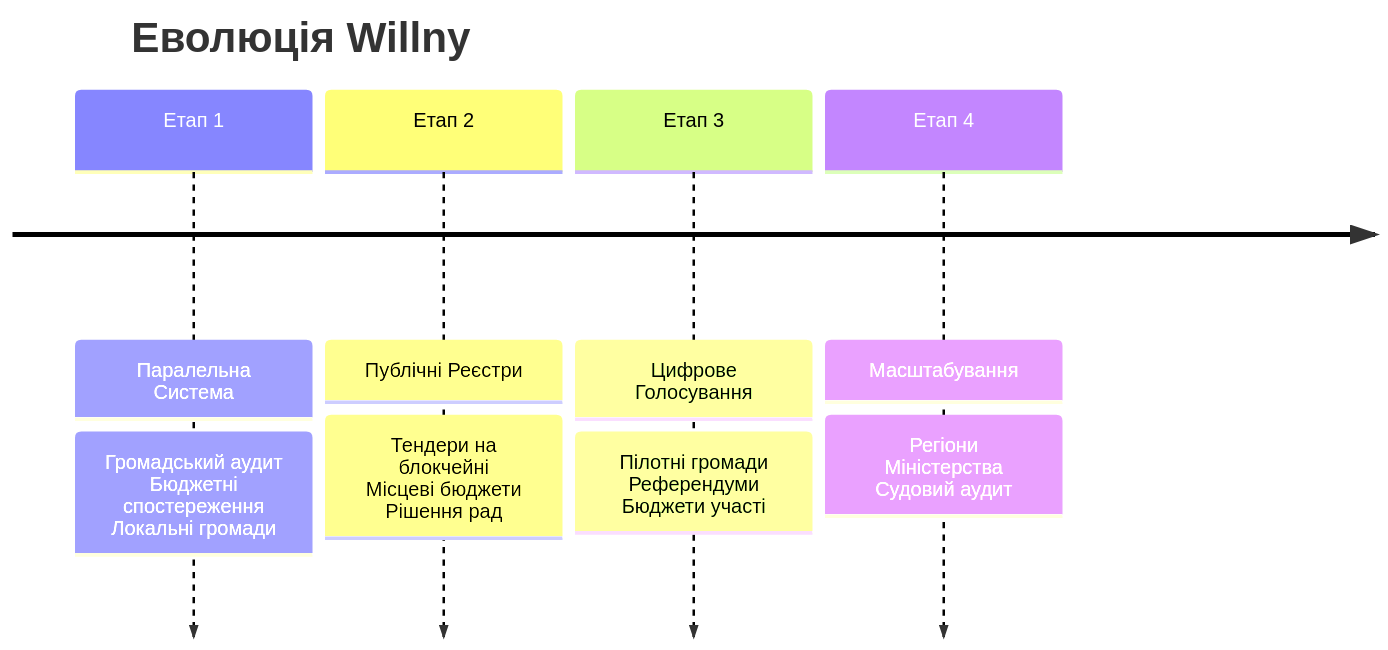
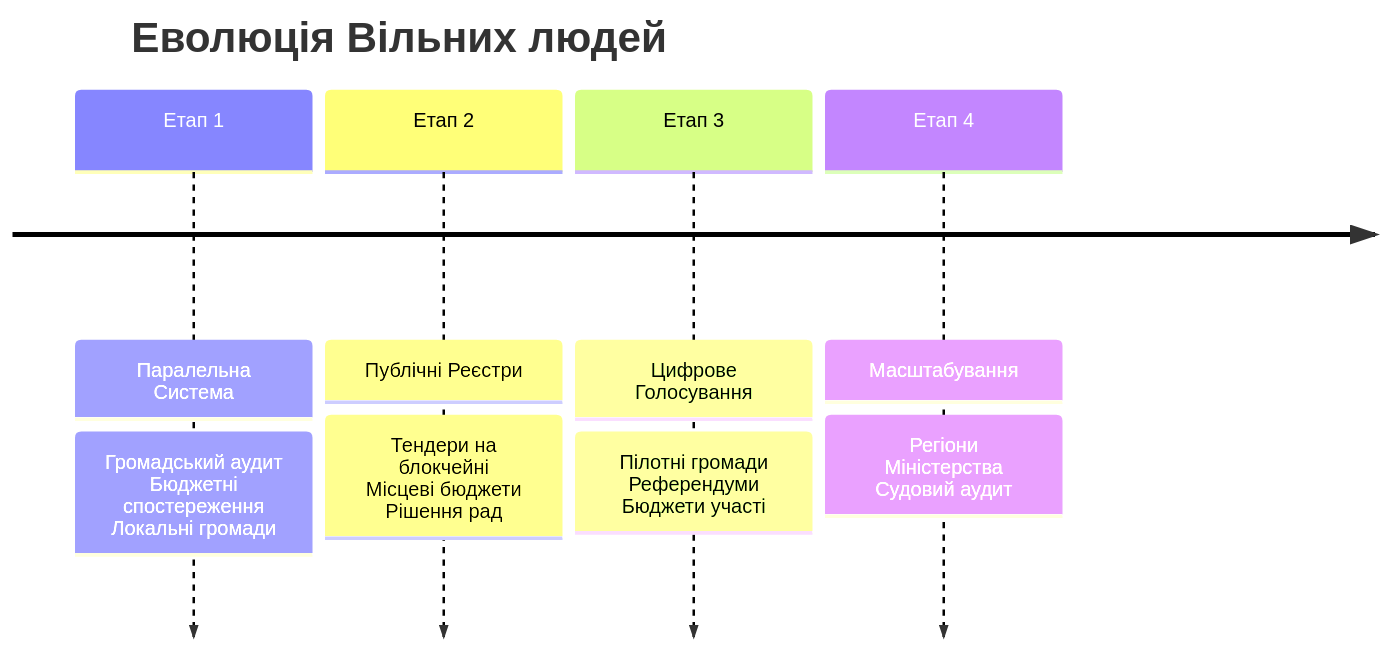
The diagram in roadmap.md (yaro-rasta/willni), drawn with Mermaid before and after one commit. The commit also changed other lines of this file and 18 other files, not shown here.

````diff
--- a/roadmap.md
+++ b/roadmap.md
@@ -9,8 +11,8 @@
 ```mermaid
 timeline
-    title Еволюція Willny
+    title Еволюція Вільних людей
     Етап 1 : Паралельна Система : Громадський аудит <br> Бюджетні спостереження <br> Локальні громади
     Етап 2 : Публічні Реєстри : Тендери на блокчейні <br> Місцеві бюджети <br> Рішення рад
     Етап 3 : Цифрове Голосування : Пілотні громади <br> Референдуми <br> Бюджети участі
     Етап 4 : Масштабування : Регіони <br> Міністерства <br> Судовий аудит
 ```
````
